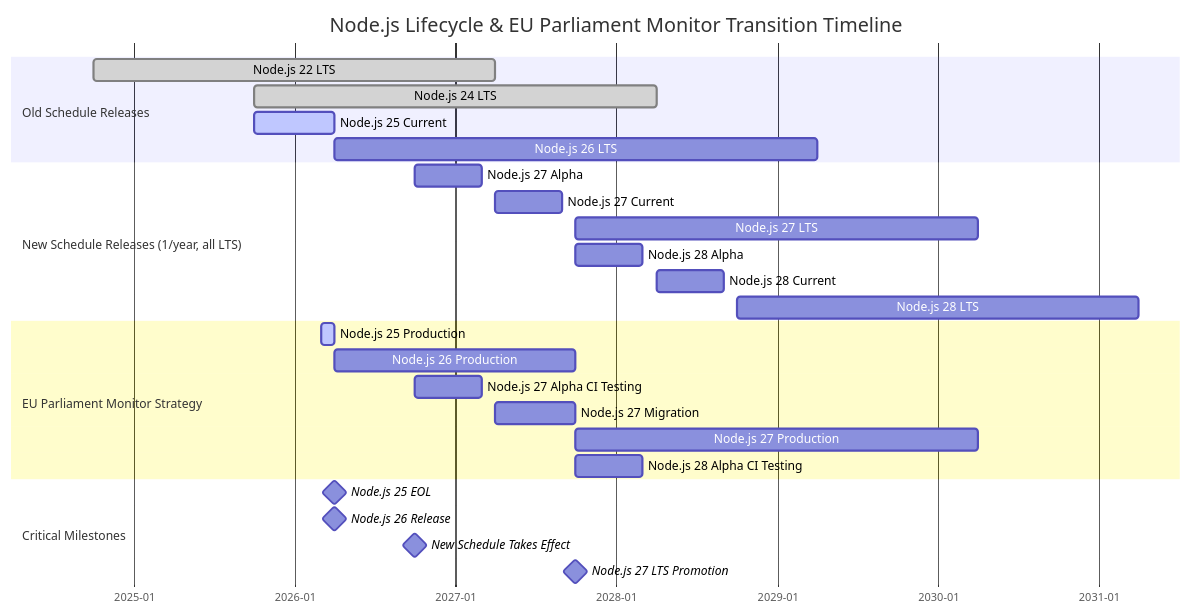
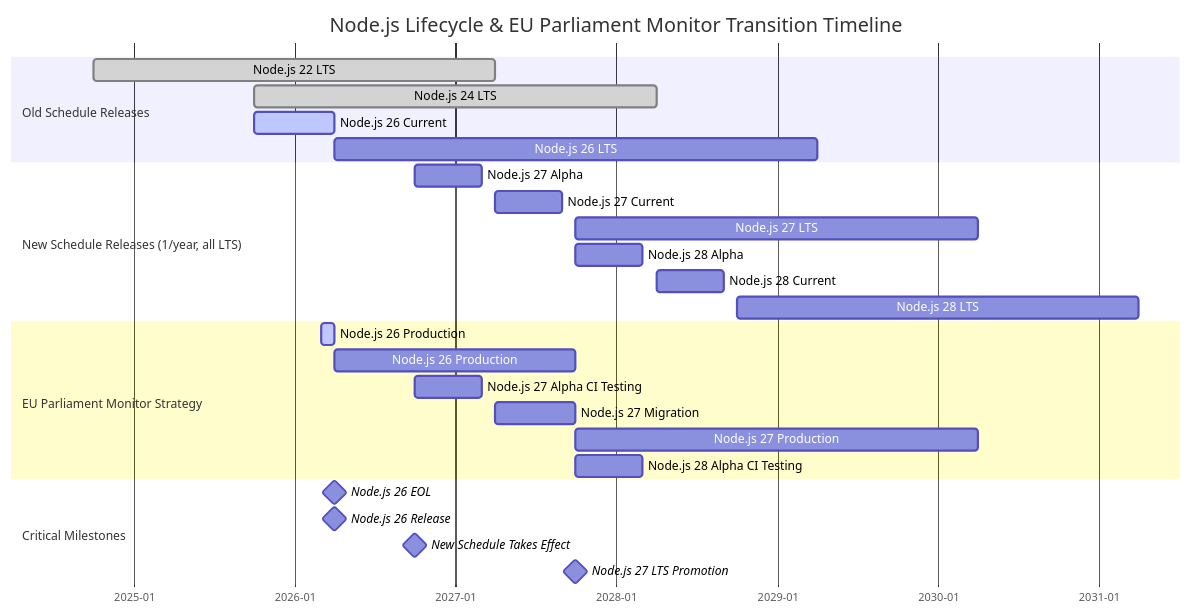
One commit to Hack23/euparliamentmonitor changed the second of 6 diagrams in docs/api/media/End-of-Life-Strategy.md. Above: the diagram before and after it, drawn with Mermaid. The commit also changed other lines of this file and 99 other files, not shown here.

````diff
--- a/docs/api/media/End-of-Life-Strategy.md
+++ b/docs/api/media/End-of-Life-Strategy.md
@@ -222,35 +222,35 @@
 ```mermaid
 gantt
     title Node.js Lifecycle & EU Parliament Monitor Transition Timeline
     dateFormat YYYY-MM
     axisFormat %Y-%m
 
     section Old Schedule Releases
     %% LTS support windows (month-level, aligned with Node.js LTS/EOL schedule)
     Node.js 22 LTS              :done, node22, 2024-10, 2027-04
     Node.js 24 LTS              :done, node24, 2025-10, 2028-04
-    Node.js 25 Current          :active, node25, 2025-10, 2026-04
+    Node.js 26 Current          :active, node25, 2025-10, 2026-04
     Node.js 26 LTS              :node26, 2026-04, 2029-04
 
     section New Schedule Releases (1/year, all LTS)
     Node.js 27 Alpha            :node27a, 2026-10, 2027-03
     Node.js 27 Current          :node27c, 2027-04, 2027-09
     Node.js 27 LTS              :node27, 2027-10, 2030-04
     Node.js 28 Alpha            :node28a, 2027-10, 2028-03
     Node.js 28 Current          :node28c, 2028-04, 2028-09
     Node.js 28 LTS              :node28, 2028-10, 2031-04
 
     section EU Parliament Monitor Strategy
-    Node.js 25 Production       :active, ep25, 2026-03, 2026-04
+    Node.js 26 Production       :active, ep25, 2026-03, 2026-04
     Node.js 26 Production       :ep26, 2026-04, 2027-10
     Node.js 27 Alpha CI Testing :ep27a, 2026-10, 2027-03
     Node.js 27 Migration        :ep27m, 2027-04, 2027-10
     Node.js 27 Production       :ep27p, 2027-10, 2030-04
     Node.js 28 Alpha CI Testing :ep28a, 2027-10, 2028-03
 
     section Critical Milestones
-    Node.js 25 EOL              :milestone, node25eol, 2026-04, 0d
+    Node.js 26 EOL              :milestone, node25eol, 2026-04, 0d
     Node.js 26 Release          :milestone, node26rel, 2026-04, 0d
     New Schedule Takes Effect   :milestone, newschedule, 2026-10, 0d
     Node.js 27 LTS Promotion    :milestone, node27lts, 2027-10, 0d
 ```
````
